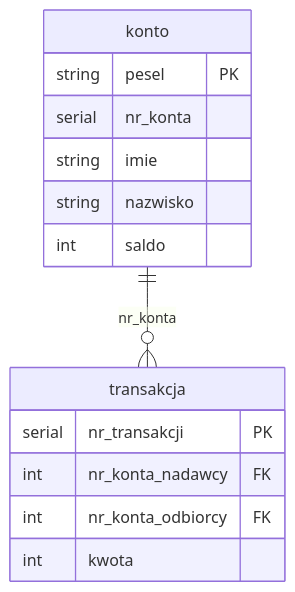
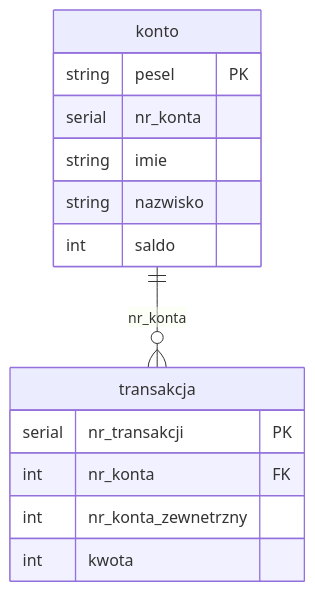
The diagram in README.md (martafigurska/MIniBank), drawn with Mermaid before and after one commit. The commit also changed 1 other file, not shown here.

Commit message:
idea update

````diff
--- a/README.md
+++ b/README.md
@@ -8,20 +8,20 @@
 ```mermaid
 erDiagram
     konto {
         string pesel PK
         serial nr_konta
         string imie
         string nazwisko
         int saldo
     }
 
     transakcja {
         serial nr_transakcji PK
-        int nr_konta_nadawcy FK
-        int nr_konta_odbiorcy FK
+        int nr_konta FK
+        int nr_konta_zewnetrzny
         int kwota
     }
 
     konto ||--o{ transakcja : "nr_konta"
 
 ```
````
